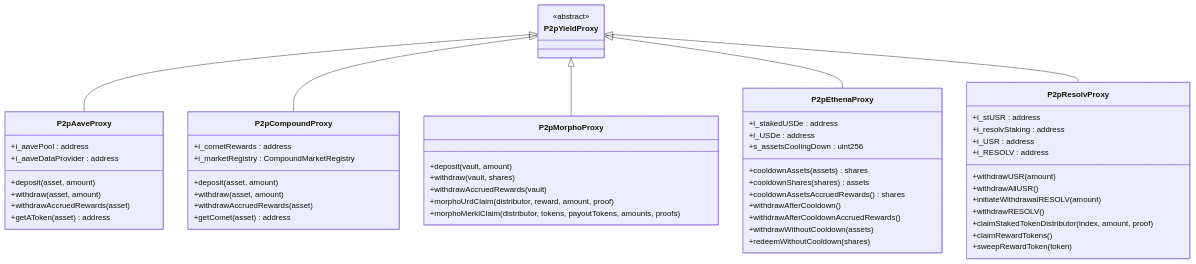
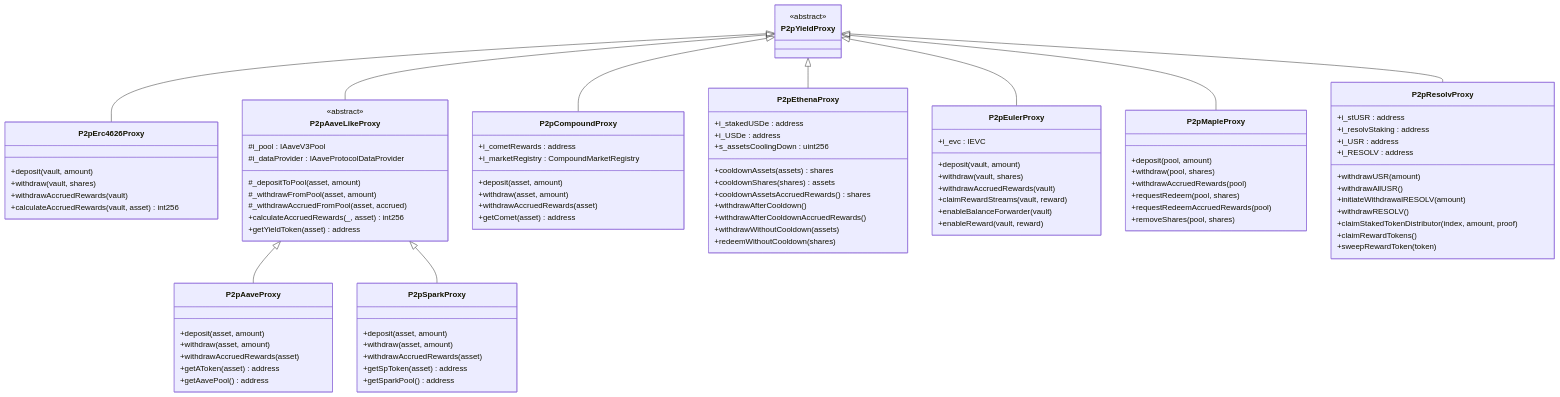
The seventh of 14 diagrams in README.md (sanbir/p2p-lending-proxy), drawn with Mermaid before and after one commit. The commit also changed other lines of this file, not shown here.

````diff
--- a/README.md
+++ b/README.md
@@ -324,13 +351,38 @@
         <<abstract>>
     }
 
+    class P2pErc4626Proxy {
+        +deposit(vault, amount)
+        +withdraw(vault, shares)
+        +withdrawAccruedRewards(vault)
+        +calculateAccruedRewards(vault, asset) int256
+    }
+
+    class P2pAaveLikeProxy {
+        <<abstract>>
+        #i_pool : IAaveV3Pool
+        #i_dataProvider : IAaveProtocolDataProvider
+        #_depositToPool(asset, amount)
+        #_withdrawFromPool(asset, amount)
+        #_withdrawAccruedFromPool(asset, accrued)
+        +calculateAccruedRewards(_, asset) int256
+        +getYieldToken(asset) address
+    }
+
     class P2pAaveProxy {
-        +i_aavePool : address
-        +i_aaveDataProvider : address
         +deposit(asset, amount)
         +withdraw(asset, amount)
         +withdrawAccruedRewards(asset)
         +getAToken(asset) address
+        +getAavePool() address
+    }
+
+    class P2pSparkProxy {
+        +deposit(asset, amount)
+        +withdraw(asset, amount)
+        +withdrawAccruedRewards(asset)
+        +getSpToken(asset) address
+        +getSparkPool() address
     }
 
     class P2pCompoundProxy {
@@ -340,14 +392,6 @@
         +withdraw(asset, amount)
         +withdrawAccruedRewards(asset)
         +getComet(asset) address
-    }
-
-    class P2pMorphoProxy {
-        +deposit(vault, amount)
-        +withdraw(vault, shares)
-        +withdrawAccruedRewards(vault)
-        +morphoUrdClaim(distributor, reward, amount, proof)
-        +morphoMerklClaim(distributor, tokens, payoutTokens, amounts, proofs)
     }
 
     class P2pEthenaProxy {
@@ -361,6 +405,25 @@
         +withdrawAfterCooldownAccruedRewards()
         +withdrawWithoutCooldown(assets)
         +redeemWithoutCooldown(shares)
+    }
+
+    class P2pEulerProxy {
+        +i_evc : IEVC
+        +deposit(vault, amount)
+        +withdraw(vault, shares)
+        +withdrawAccruedRewards(vault)
+        +claimRewardStreams(vault, reward)
+        +enableBalanceForwarder(vault)
+        +enableReward(vault, reward)
+    }
+
+    class P2pMapleProxy {
+        +deposit(pool, amount)
+        +withdraw(pool, shares)
+        +withdrawAccruedRewards(pool)
+        +requestRedeem(pool, shares)
+        +requestRedeemAccruedRewards(pool)
+        +removeShares(pool, shares)
     }
 
     class P2pResolvProxy {
@@ -377,9 +440,13 @@
         +sweepRewardToken(token)
     }
 
-    P2pYieldProxy <|-- P2pAaveProxy
+    P2pYieldProxy <|-- P2pErc4626Proxy
+    P2pYieldProxy <|-- P2pAaveLikeProxy
+    P2pAaveLikeProxy <|-- P2pAaveProxy
+    P2pAaveLikeProxy <|-- P2pSparkProxy
     P2pYieldProxy <|-- P2pCompoundProxy
-    P2pYieldProxy <|-- P2pMorphoProxy
     P2pYieldProxy <|-- P2pEthenaProxy
+    P2pYieldProxy <|-- P2pEulerProxy
+    P2pYieldProxy <|-- P2pMapleProxy
     P2pYieldProxy <|-- P2pResolvProxy
 ```
````
